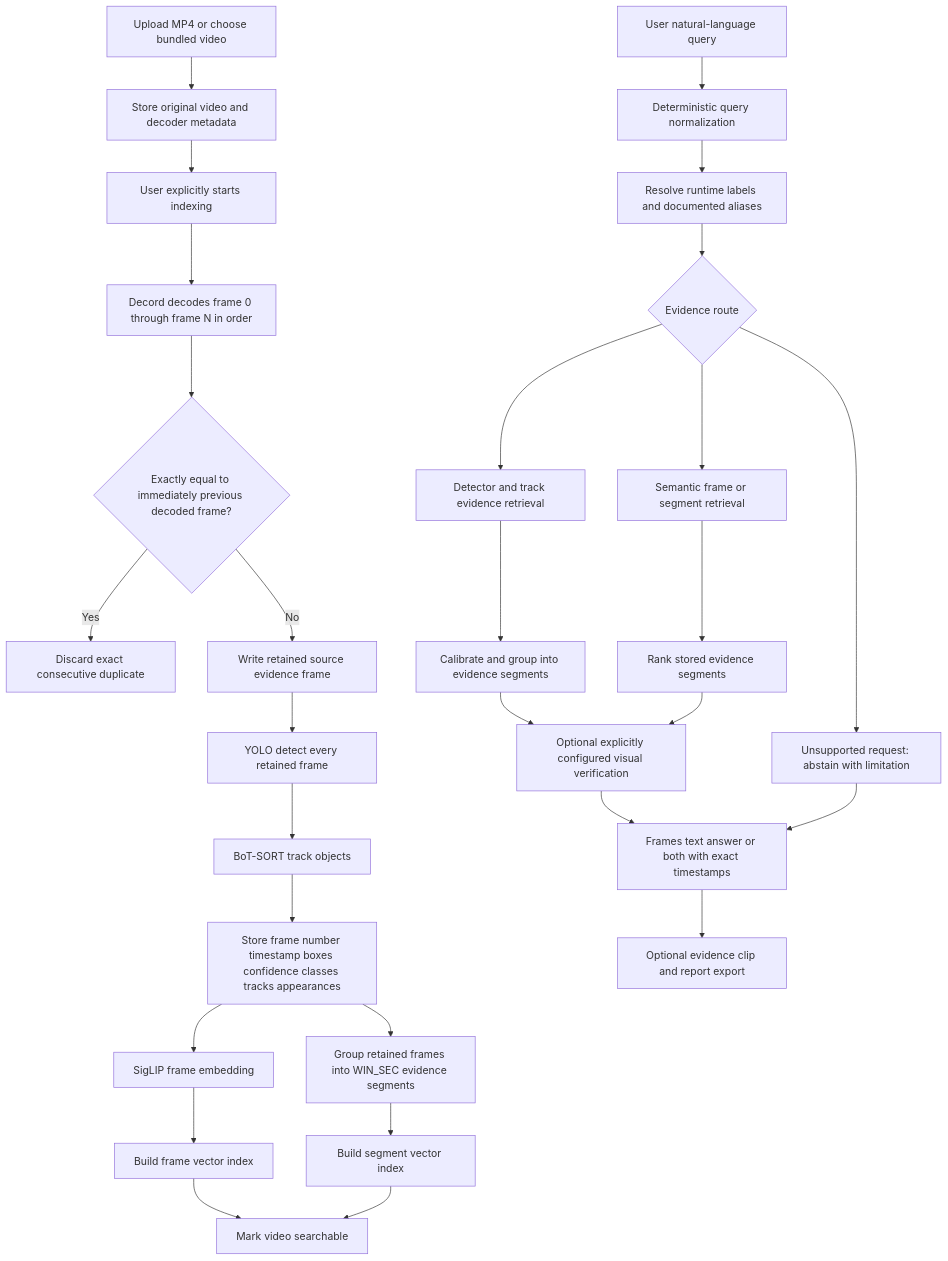
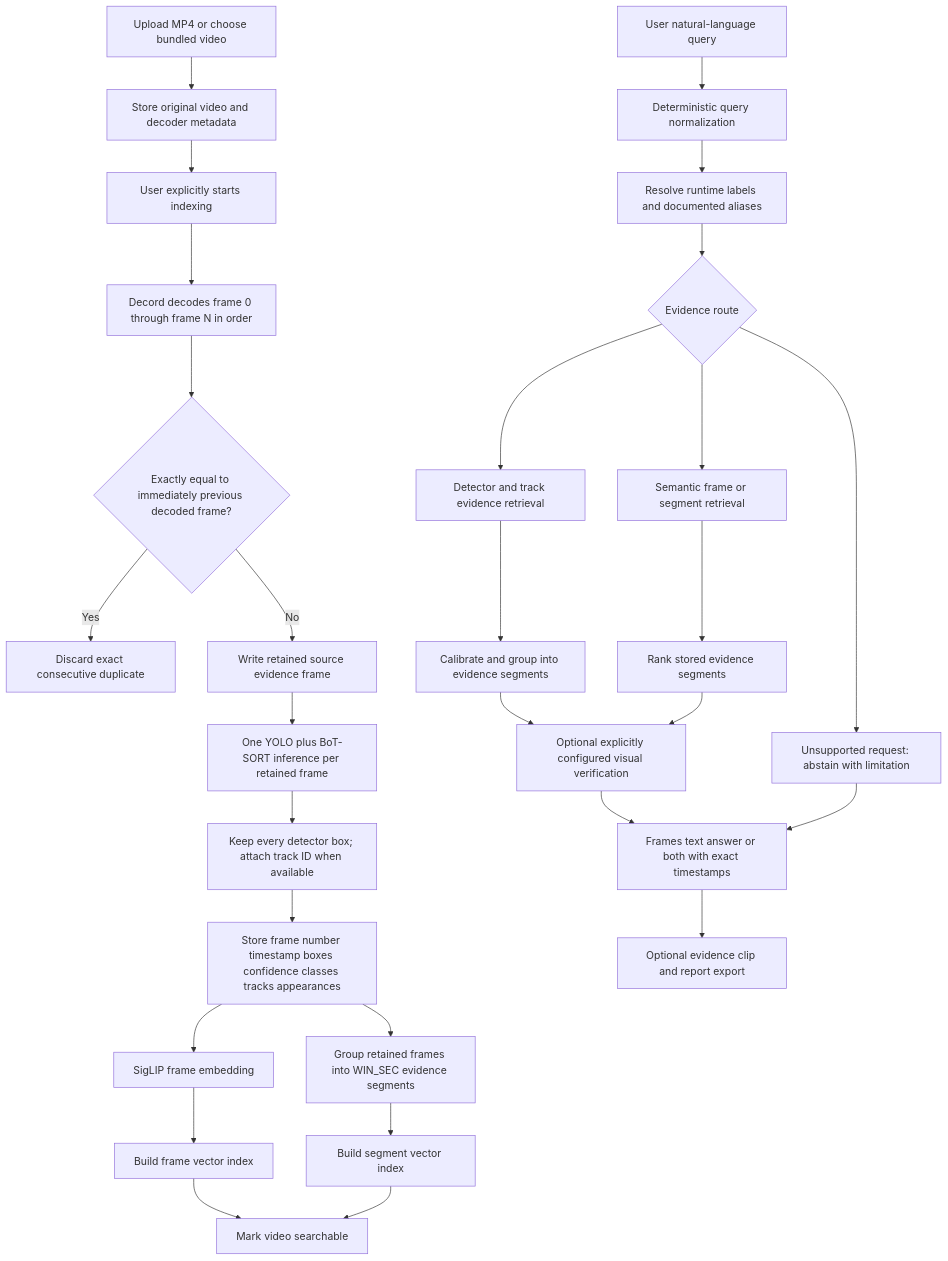
One commit to priyansupattanaik/visionguard-ai changed the diagram in documentation/PROJECT_FLOW.md. Above: the diagram before and after it, drawn with Mermaid. The commit also changed other lines of this file and 8 other files, not shown here.

First line of the commit message:
Use one YOLO+track pass and keep untracked detections.

````diff
--- a/documentation/PROJECT_FLOW.md
+++ b/documentation/PROJECT_FLOW.md
@@ -18,32 +18,32 @@
 ```mermaid
 flowchart TD
     A[Upload MP4 or choose bundled video] --> B[Store original video and decoder metadata]
     B --> C[User explicitly starts indexing]
     C --> D[Decord decodes frame 0 through frame N in order]
     D --> E{Exactly equal to immediately previous decoded frame?}
     E -- Yes --> F[Discard exact consecutive duplicate]
     E -- No --> G[Write retained source evidence frame]
-    G --> H[YOLO detect every retained frame]
-    H --> I[BoT-SORT track objects]
+    G --> H[One YOLO plus BoT-SORT inference per retained frame]
+    H --> I[Keep every detector box; attach track ID when available]
     I --> J[Store frame number timestamp boxes confidence classes tracks appearances]
     J --> K[SigLIP frame embedding]
     K --> L[Build frame vector index]
     J --> M[Group retained frames into WIN_SEC evidence segments]
     M --> N[Build segment vector index]
     L --> O[Mark video searchable]
     N --> O
 
     P[User natural-language query] --> Q[Deterministic query normalization]
     Q --> R[Resolve runtime labels and documented aliases]
     R --> S{Evidence route}
     S --> T[Detector and track evidence retrieval]
     S --> U[Semantic frame or segment retrieval]
     S --> V[Unsupported request: abstain with limitation]
     T --> W[Calibrate and group into evidence segments]
     U --> X[Rank stored evidence segments]
     W --> Y[Optional explicitly configured visual verification]
     X --> Y
     Y --> Z[Frames text answer or both with exact timestamps]
     V --> Z
     Z --> AA[Optional evidence clip and report export]
 ```
````
